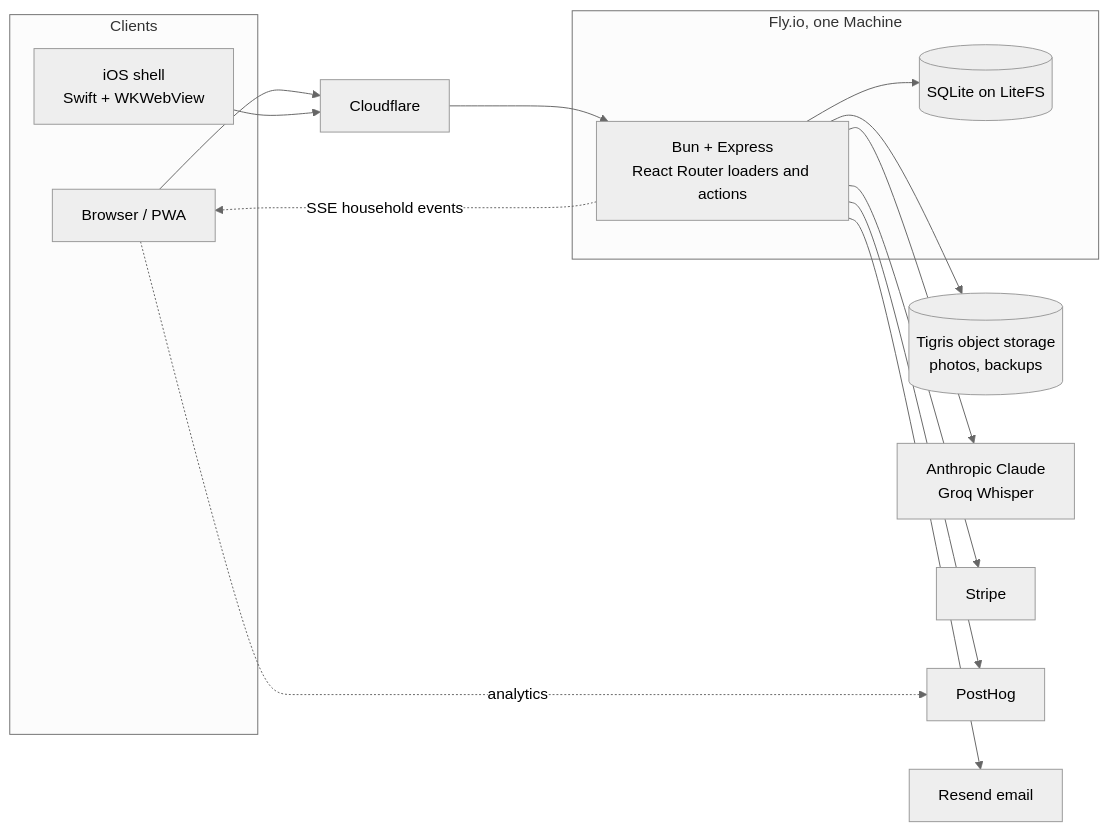
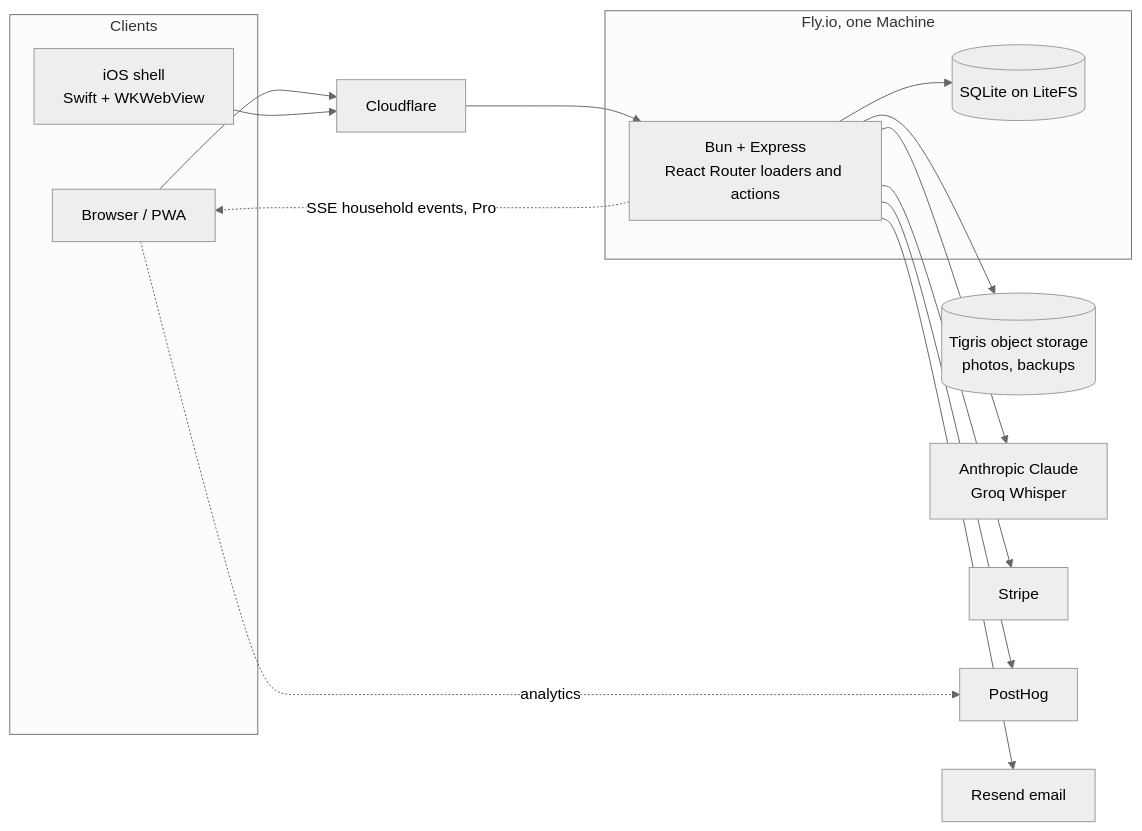
Before and after one commit to the-artifabrian/quartermaster: the diagram in README.md, drawn with Mermaid (neutral theme). The commit also changed other lines of this file and 1 other file, not shown here.

Commit message:
Correct README claims the review found: AI import, Pro, restore, demo week

````diff
--- a/README.md
+++ b/README.md
@@ -48,29 +49,29 @@
 ```mermaid
 flowchart LR
   subgraph Clients
     web[Browser / PWA]
     ios[iOS shell<br/>Swift + WKWebView]
   end
   cf[Cloudflare]
   subgraph fly[Fly.io, one Machine]
     app[Bun + Express<br/>React Router loaders and actions]
     db[(SQLite on LiteFS)]
   end
   s3[(Tigris object storage<br/>photos, backups)]
   ai[Anthropic Claude<br/>Groq Whisper]
   stripe[Stripe]
   ph[PostHog]
   mail[Resend email]
 
   web --> cf
   ios --> cf
   cf --> app
   app --> db
   app --> s3
   app --> ai
   app --> stripe
   app --> mail
   app --> ph
-  app -. SSE household events .-> web
+  app -. SSE household events, Pro .-> web
   web -. analytics .-> ph
 ```
````
